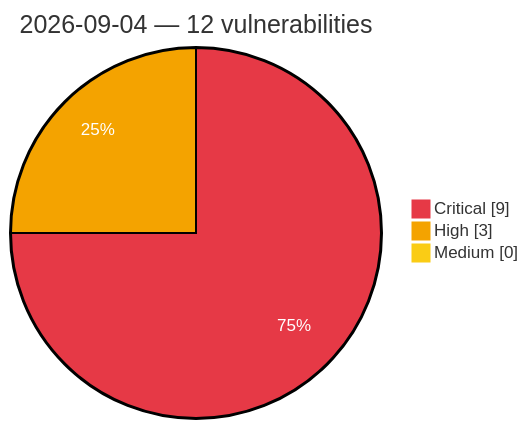
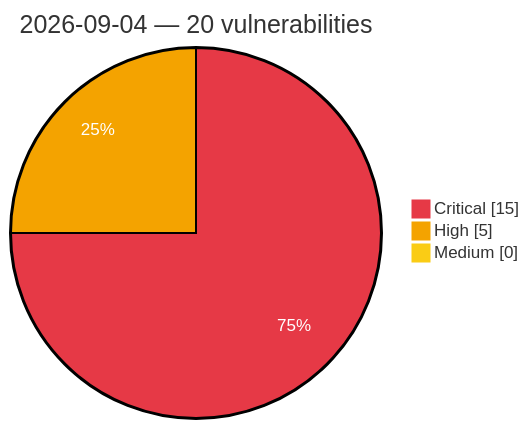
One commit to GhostX0X/vuln-tracker changed the diagram in vulnerabilities/2026/September/2026-09-04.md. Above: the diagram before and after it, drawn with Mermaid. The commit also changed other lines of this file and 5 other files, not shown here.

Commit message:
Auto update: critical/high vulns (2026-09-04 09:53 UTC)

````diff
--- a/vulnerabilities/2026/September/2026-09-04.md
+++ b/vulnerabilities/2026/September/2026-09-04.md
@@ -3,8 +3,8 @@
 ```mermaid
 %%{init: {'theme':'base', 'themeVariables': {'pie1':'#e63946', 'pie2':'#f4a300', 'pie3':'#facc15', 'pieOpacity':'1', 'pieOuterStrokeWidth':'2px', 'pieSectionTextColor':'#ffffff'}}}%%
 pie showData
-    title 2026-09-04 — 12 vulnerabilities
-    "Critical" : 9
-    "High" : 3
+    title 2026-09-04 — 20 vulnerabilities
+    "Critical" : 15
+    "High" : 5
     "Medium" : 0
 ```
````
